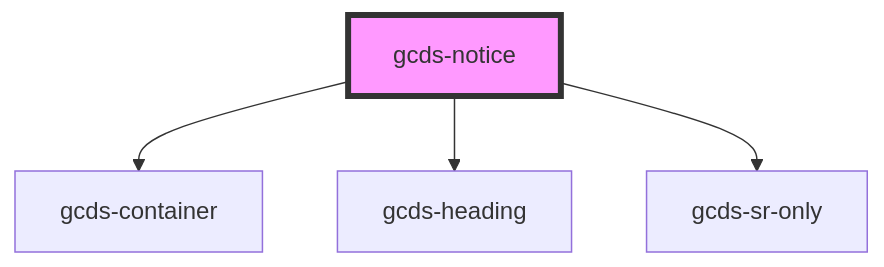
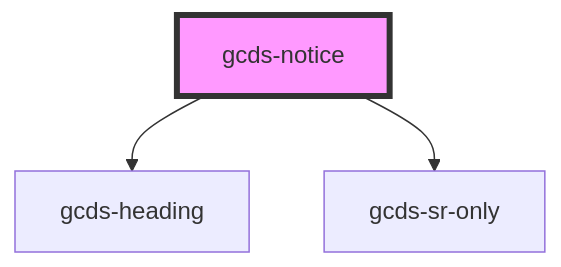
The diagram in packages/web/src/components/gcds-notice/readme.md (cds-snc/gcds-components), drawn with Mermaid before and after one commit. The commit also changed other lines of this file and 6 other files, not shown here.

````diff
--- a/packages/web/src/components/gcds-notice/readme.md
+++ b/packages/web/src/components/gcds-notice/readme.md
@@ -25,7 +24,6 @@
 ```mermaid
 graph TD;
-  gcds-notice --> gcds-container
   gcds-notice --> gcds-heading
   gcds-notice --> gcds-sr-only
   style gcds-notice fill:#f9f,stroke:#333,stroke-width:4px
 ```
````
